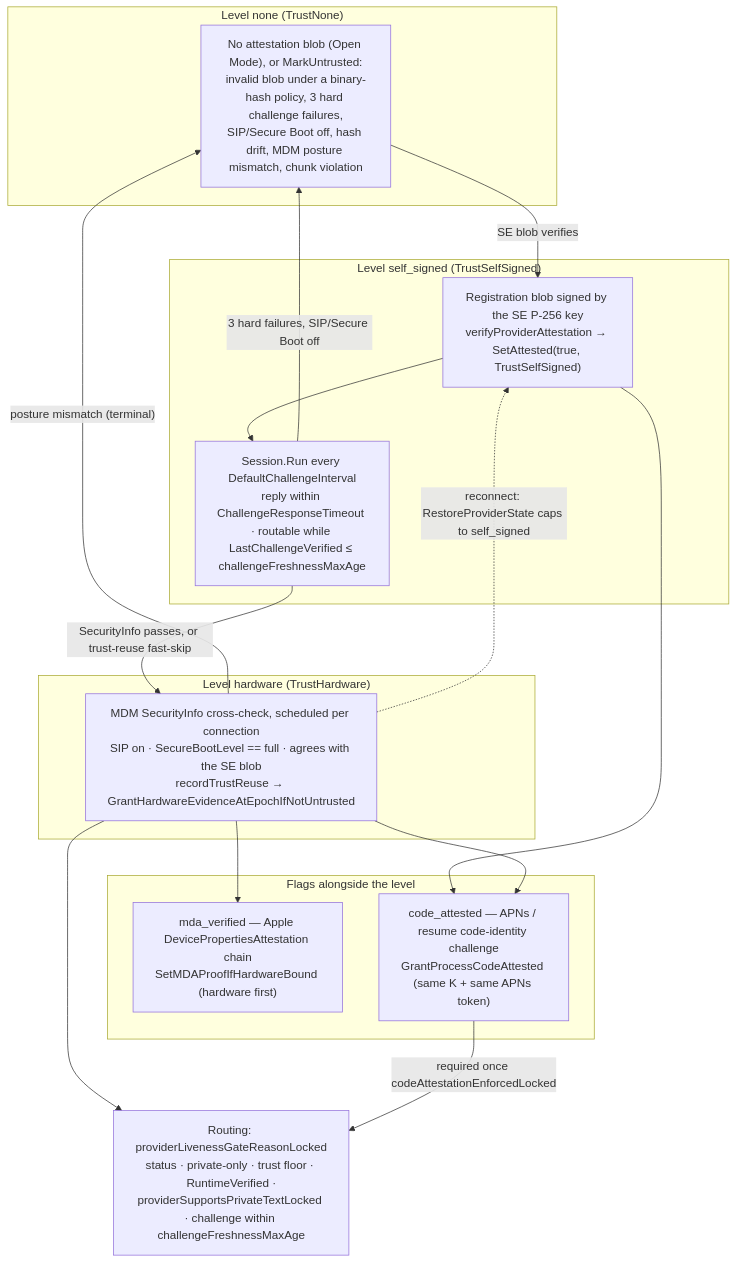
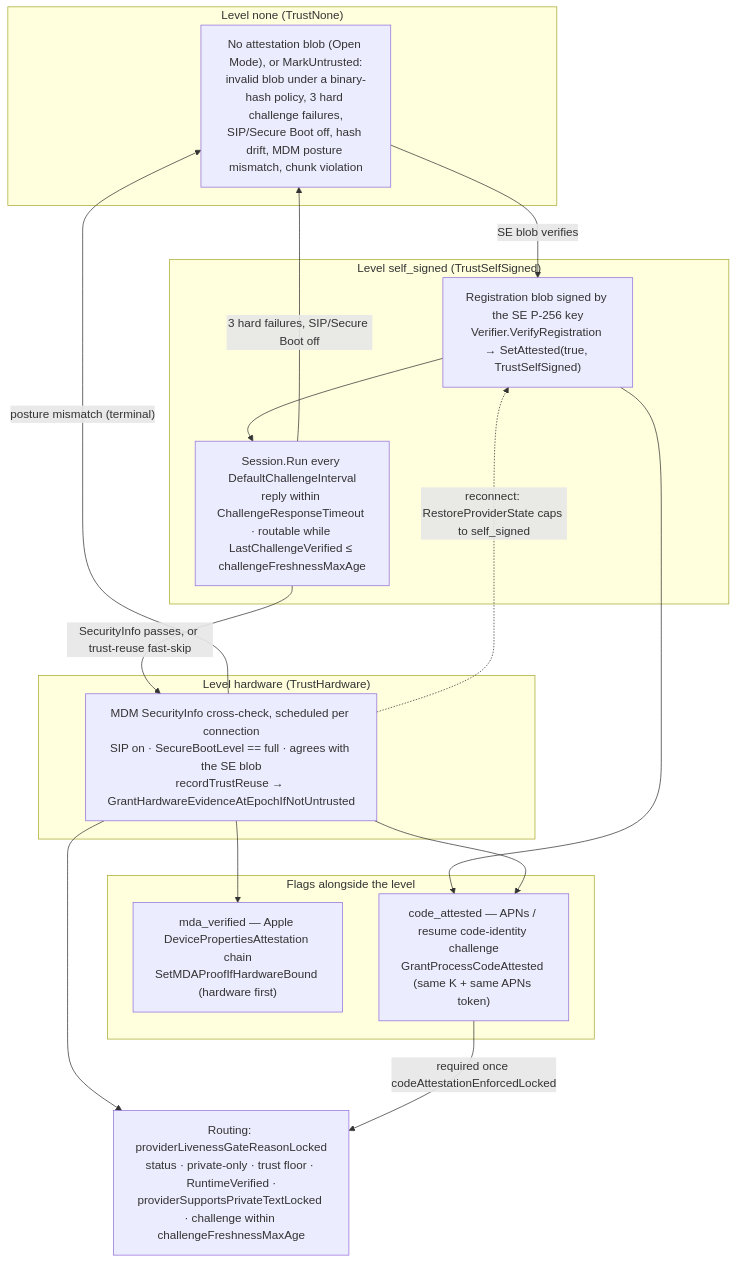
One commit to Layr-Labs/d-inference changed the diagram in docs/architecture/security/attestation.md. Above: the diagram before and after it, drawn with Mermaid. The commit also changed other lines of this file and 18 other files, not shown here.

Commit message:
docs(provider): document registration and device verification

````diff
--- a/docs/architecture/security/attestation.md
+++ b/docs/architecture/security/attestation.md
@@ -23,29 +23,29 @@
 ```mermaid
 flowchart TB
     subgraph L0["Level none (TrustNone)"]
         A0["No attestation blob (Open Mode), or MarkUntrusted:<br/>invalid blob under a binary-hash policy, 3 hard challenge failures,<br/>SIP/Secure Boot off, hash drift, MDM posture mismatch, chunk violation"]
     end
     subgraph L1["Level self_signed (TrustSelfSigned)"]
-        A1["Registration blob signed by the SE P-256 key<br/>verifyProviderAttestation → SetAttested(true, TrustSelfSigned)"]
+        A1["Registration blob signed by the SE P-256 key<br/>Verifier.VerifyRegistration → SetAttested(true, TrustSelfSigned)"]
         A2["Session.Run every DefaultChallengeInterval<br/>reply within ChallengeResponseTimeout · routable while LastChallengeVerified ≤ challengeFreshnessMaxAge"]
     end
     subgraph L2["Level hardware (TrustHardware)"]
         A3["MDM SecurityInfo cross-check, scheduled per connection<br/>SIP on · SecureBootLevel == full · agrees with the SE blob<br/>recordTrustReuse → GrantHardwareEvidenceAtEpochIfNotUntrusted"]
     end
     subgraph F["Flags alongside the level"]
         B1["mda_verified — Apple DevicePropertiesAttestation chain<br/>SetMDAProofIfHardwareBound (hardware first)"]
         B2["code_attested — APNs / resume code-identity challenge<br/>GrantProcessCodeAttested (same K + same APNs token)"]
     end
     A0 -->|"SE blob verifies"| A1
     A1 --> A2
     A2 -->|"SecurityInfo passes, or trust-reuse fast-skip"| A3
     A3 --> B1
     A1 --> B2
     A3 --> B2
     A2 -->|"3 hard failures, SIP/Secure Boot off"| A0
     A3 -->|"posture mismatch (terminal)"| A0
     A3 -.->|"reconnect: RestoreProviderState caps to self_signed"| A1
     G["Routing: providerLivenessGateReasonLocked<br/>status · private-only · trust floor · RuntimeVerified ·<br/>providerSupportsPrivateTextLocked · challenge within challengeFreshnessMaxAge"]
     A3 --> G
     B2 -->|"required once codeAttestationEnforcedLocked"| G
 ```
````
